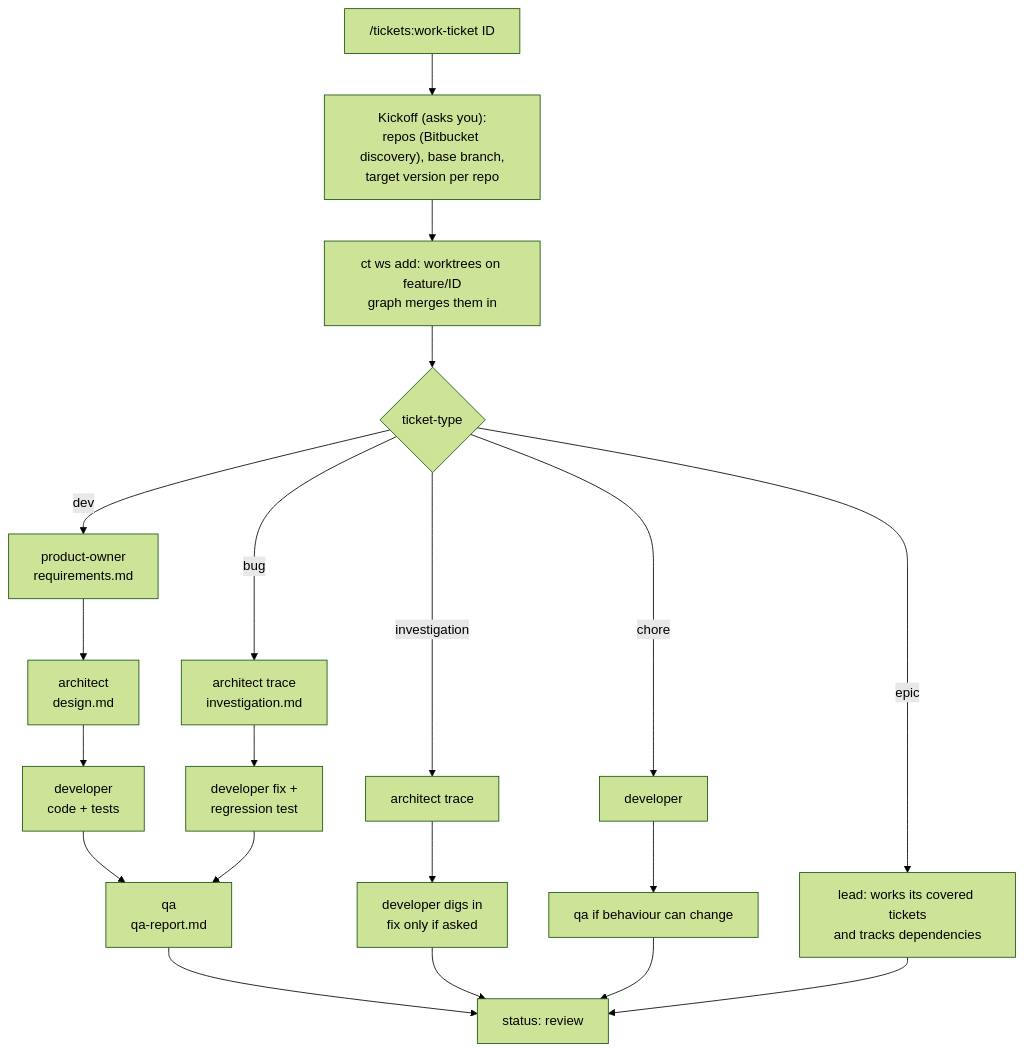
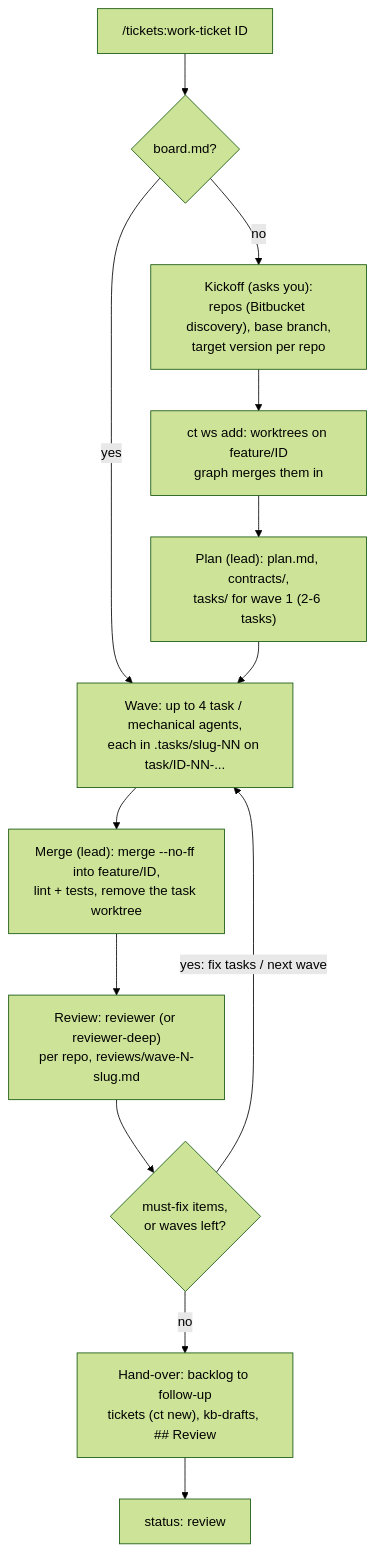
Before and after one commit to zero4573/claude-tickets: the third of 6 diagrams in README.md, drawn with Mermaid (forest theme). The commit also changed other lines of this file and 6 other files, not shown here.

````diff
--- a/README.md
+++ b/README.md
@@ -378,15 +383,15 @@
 ```mermaid
 flowchart TB
-  start["/tickets:work-ticket ID"] --> kickoff["Kickoff (asks you):<br/>repos (Bitbucket discovery), base branch,<br/>target version per repo"]
+  start["/tickets:work-ticket ID"] --> resume{board.md?}
+  resume -- yes --> wave
+  resume -- no --> kickoff["Kickoff (asks you):<br/>repos (Bitbucket discovery), base branch,<br/>target version per repo"]
   kickoff --> ws["ct ws add: worktrees on feature/ID<br/>graph merges them in"]
-  ws --> type{ticket-type}
-  type -- dev --> po[product-owner<br/>requirements.md] --> arch[architect<br/>design.md] --> dev[developer<br/>code + tests] --> qa[qa<br/>qa-report.md]
-  type -- bug --> archb[architect trace<br/>investigation.md] --> devb[developer fix +<br/>regression test] --> qa
-  type -- investigation --> archi[architect trace] --> devi[developer digs in<br/>fix only if asked]
-  type -- chore --> devc[developer] --> qac[qa if behaviour can change]
-  type -- epic --> lead[lead: works its covered tickets<br/>and tracks dependencies]
-  qa --> review[status: review]
-  devi --> review
-  qac --> review
-  lead --> review
+  ws --> plan["Plan (lead): plan.md, contracts/,<br/>tasks/ for wave 1 (2-6 tasks)"]
+  plan --> wave["Wave: up to 4 task / mechanical agents,<br/>each in .tasks/slug-NN on task/ID-NN-..."]
+  wave --> merge["Merge (lead): merge --no-ff into feature/ID,<br/>lint + tests, remove the task worktree"]
+  merge --> rev["Review: reviewer (or reviewer-deep)<br/>per repo, reviews/wave-N-slug.md"]
+  rev --> fix{"must-fix items,<br/>or waves left?"}
+  fix -- "yes: fix tasks / next wave" --> wave
+  fix -- no --> hand["Hand-over: backlog to follow-up<br/>tickets (ct new), kb-drafts, ## Review"]
+  hand --> review[status: review]
 ```
````
